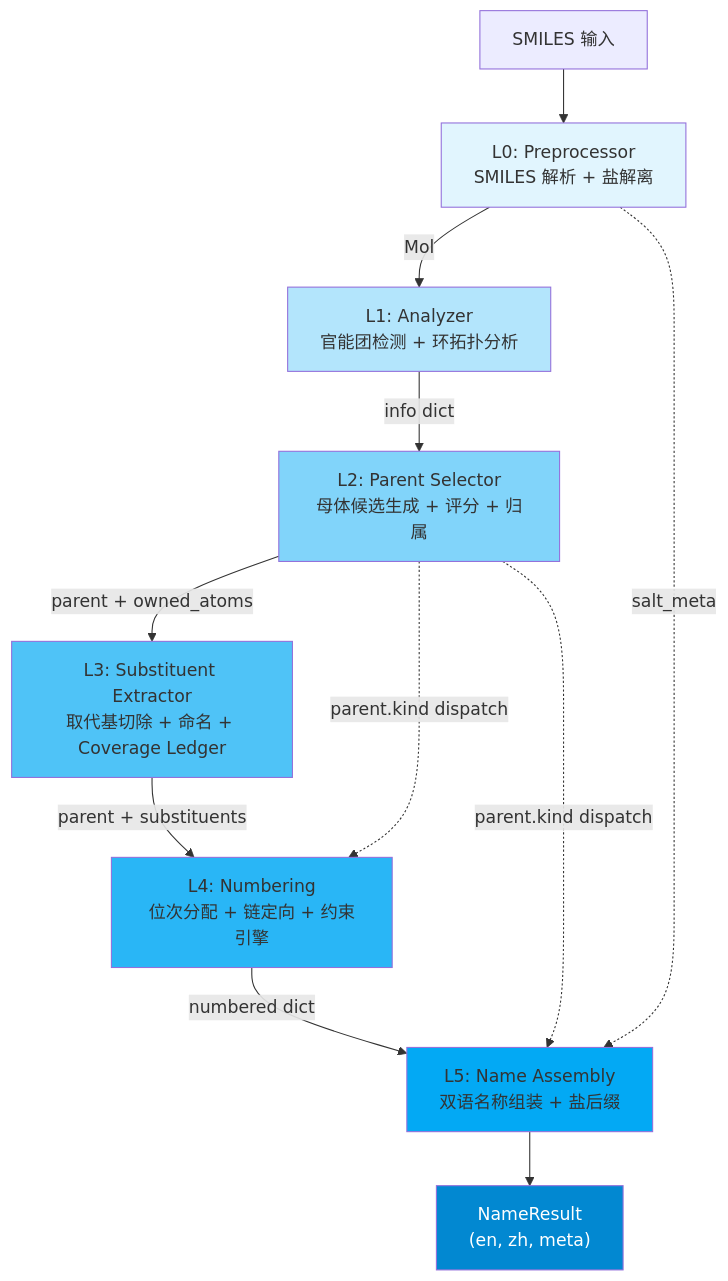
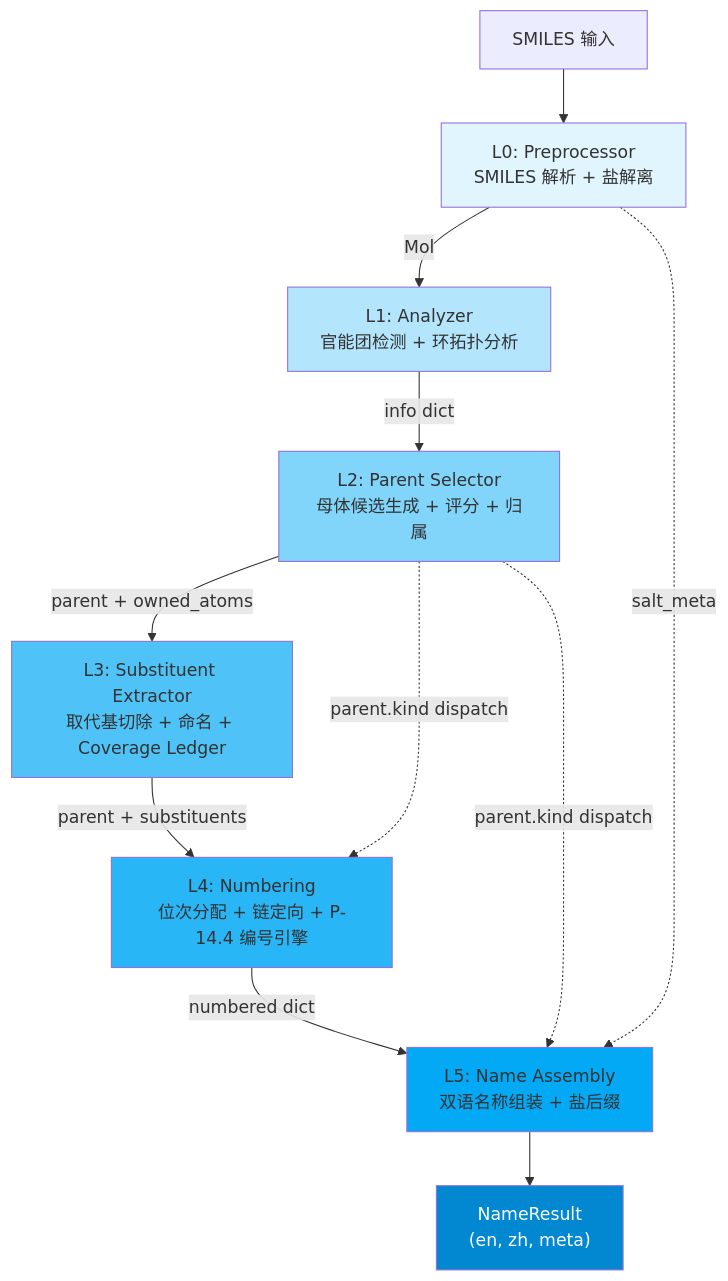
The diagram in docs/wiki/architecture/overview.md (zouxiaofei1/OpenSMILES), drawn with Mermaid before and after one commit. The commit also changed other lines of this file and 20 other files, not shown here.

````diff
--- a/docs/wiki/architecture/overview.md
+++ b/docs/wiki/architecture/overview.md
@@ -31,22 +31,22 @@
 ```mermaid
 flowchart TD
     SMILES["SMILES 输入"] --> L0["L0: Preprocessor<br/>SMILES 解析 + 盐解离"]
     L0 -->|Mol| L1["L1: Analyzer<br/>官能团检测 + 环拓扑分析"]
     L1 -->|info dict| L2["L2: Parent Selector<br/>母体候选生成 + 评分 + 归属"]
     L2 -->|parent + owned_atoms| L3["L3: Substituent Extractor<br/>取代基切除 + 命名 + Coverage Ledger"]
-    L3 -->|parent + substituents| L4["L4: Numbering<br/>位次分配 + 链定向 + 约束引擎"]
+    L3 -->|parent + substituents| L4["L4: Numbering<br/>位次分配 + 链定向 + P-14.4 编号引擎"]
     L4 -->|numbered dict| L5["L5: Name Assembly<br/>双语名称组装 + 盐后缀"]
     L5 --> R["NameResult<br/>(en, zh, meta)"]
 
     L0 -.->|salt_meta| L5
     L2 -.->|parent.kind dispatch| L4
     L2 -.->|parent.kind dispatch| L5
 
     style L0 fill:#e1f5fe
     style L1 fill:#b3e5fc
     style L2 fill:#81d4fa
     style L3 fill:#4fc3f7
     style L4 fill:#29b6f6
     style L5 fill:#03a9f4
     style R fill:#0288d1,color:#fff
 ```
````
